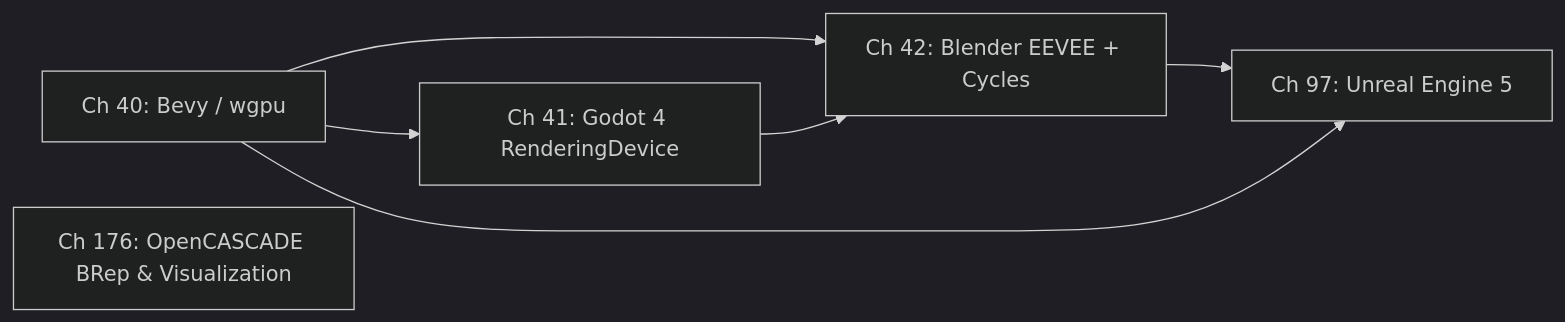
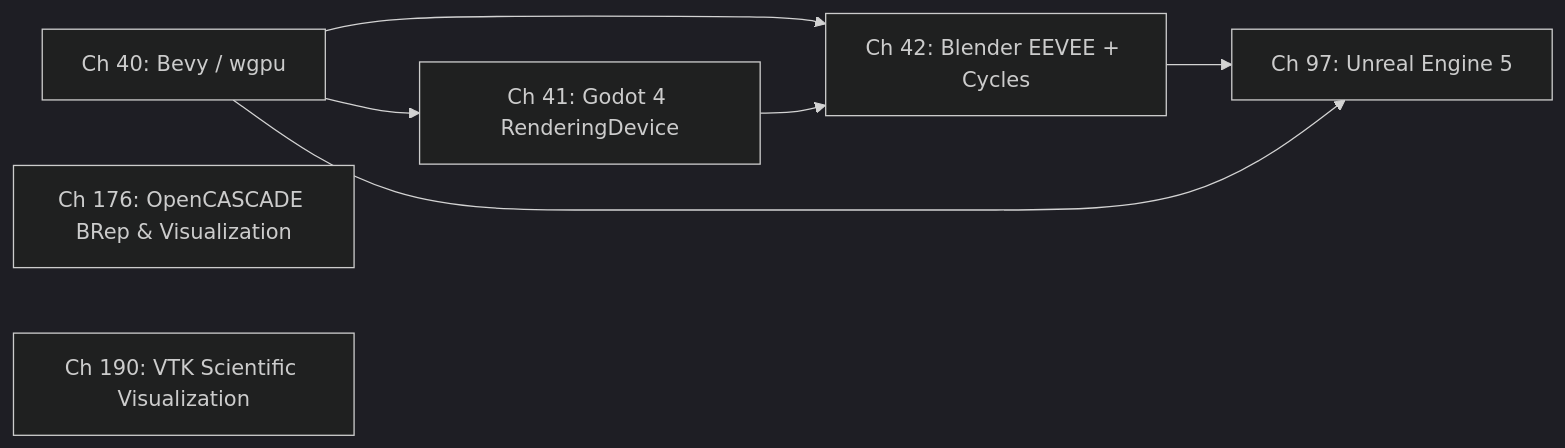
Before and after one commit to jreuben11/linux-graphics-stack-book: the diagram in chapters/part-11-engine-creative-tools/part-intro.md, drawn with Mermaid (dark theme). The commit also changed other lines of this file and 95 other files, not shown here.

First line of the commit message:
Add Roadmap sections to 94 chapters, Ch93 §13 frame latency, plan.md appendix updates

````diff
--- a/chapters/part-11-engine-creative-tools/part-intro.md
+++ b/chapters/part-11-engine-creative-tools/part-intro.md
@@ -29,9 +31,10 @@
 ```mermaid
 graph LR
     A[Ch 40: Bevy / wgpu] --> B[Ch 41: Godot 4 RenderingDevice]
     A --> C[Ch 42: Blender EEVEE + Cycles]
     B --> C
     C --> D[Ch 97: Unreal Engine 5]
     A --> D
     E[Ch 176: OpenCASCADE BRep & Visualization]
+    F[Ch 190: VTK Scientific Visualization]
 ```
````
